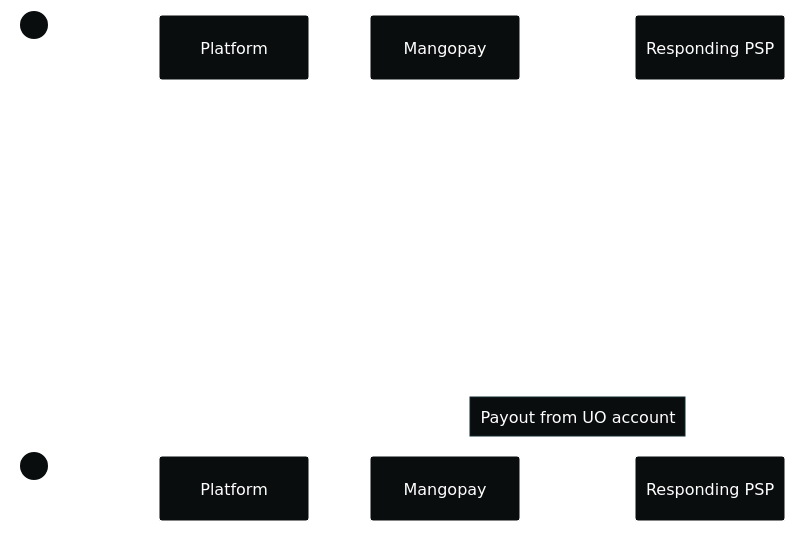
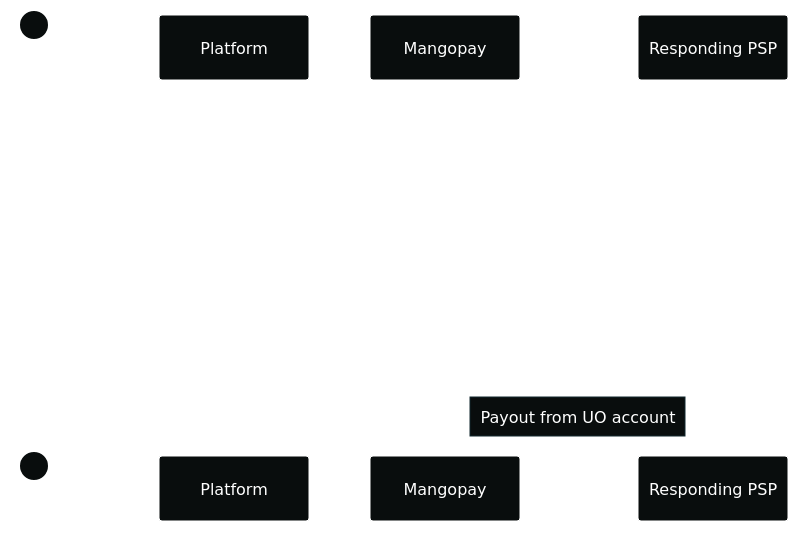
Before and after one commit to Mangopay/docs: the fourth of 12 diagrams in guides/vop/recipients-payouts.mdx, drawn with Mermaid. The commit also changed other lines of this file, not shown here.

Commit message:
clarify payout mightb e blocked

````diff
--- a/guides/vop/recipients-payouts.mdx
+++ b/guides/vop/recipients-payouts.mdx
@@ -267,33 +267,33 @@
 ```mermaid
 %%{
   init: {
     'theme': 'base',
     'themeVariables': {
       'primaryColor': "#090D0D",
       'primaryTextColor': "#FFFFFF",
       'primaryBorderColor': "#FFFFFF",
       'lineColor': "#FFFFFF",
       'secondaryColor': "#090D0D",
       'tertiaryColor': "#090D0D",
       'fontSize': '32px',
       'fontFamily': 'Inter',
       'noteBorderColor': "#12282F",
       'noteBkgColor': "#090D0D",
       'noteTextColor': "#FFFFFF"
     }
   }
 }%%
 sequenceDiagram
   actor Payee
   participant Platform
   participant Mangopay
   participant Responding PSP
 
 Payee ->> Platform: Request payout
 Platform ->> Mangopay: POST Payout
 Mangopay ->> Responding PSP: Perform VOP
 Responding PSP -->> Mangopay: Return VOP result
 Mangopay -->> Platform: Return VOP result <br/> in API response
-Mangopay ->> Responding PSP: Send payment
+Mangopay -->> Responding PSP: Send (or block) payment
   Note right of Mangopay: Payout from UO account
 ```
````
